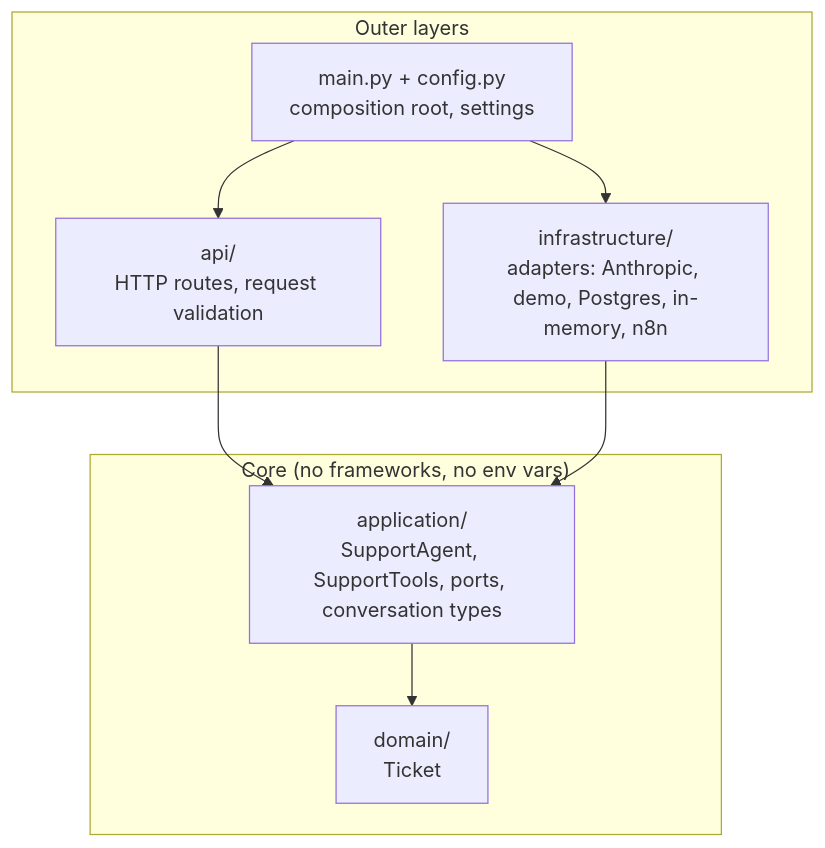
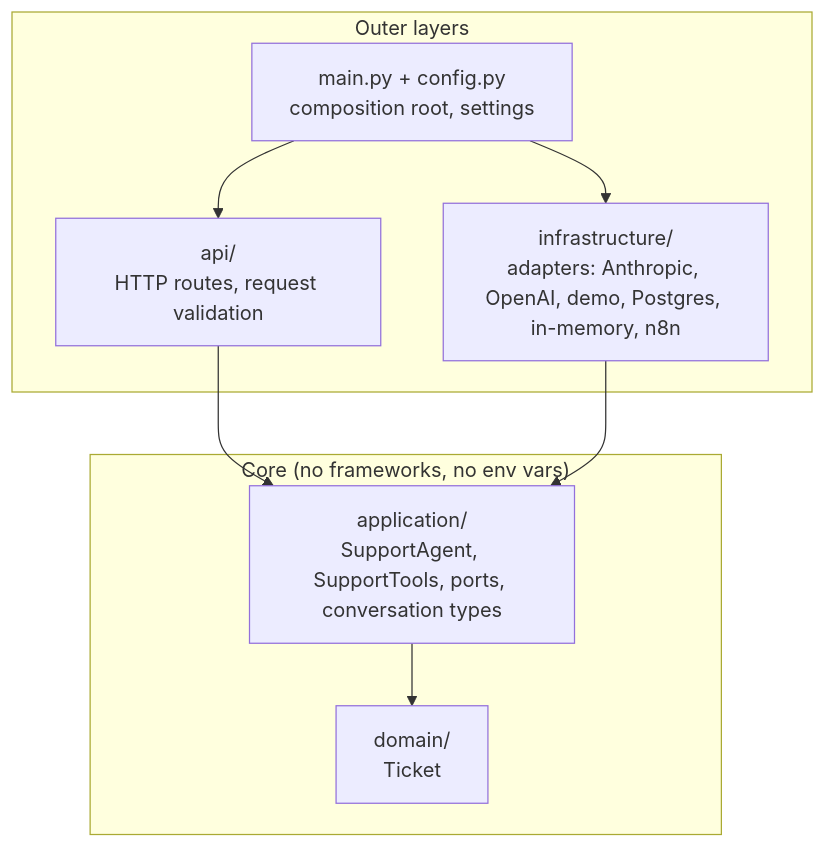
One commit to Goncar29/ai-support-assistant changed the second of 4 diagrams in ARCHITECTURE.md. Above: the diagram before and after it, drawn with Mermaid. The commit also changed other lines of this file and 8 other files, not shown here.

````diff
--- a/ARCHITECTURE.md
+++ b/ARCHITECTURE.md
@@ -33,17 +33,17 @@
 ```mermaid
 flowchart TB
     subgraph Outside["Outer layers"]
         API["api/<br/>HTTP routes, request validation"]
-        INF["infrastructure/<br/>adapters: Anthropic, demo, Postgres, in-memory, n8n"]
+        INF["infrastructure/<br/>adapters: Anthropic, OpenAI, demo, Postgres, in-memory, n8n"]
         MAIN["main.py + config.py<br/>composition root, settings"]
     end
     subgraph Core["Core (no frameworks, no env vars)"]
         APP["application/<br/>SupportAgent, SupportTools, ports, conversation types"]
         DOM["domain/<br/>Ticket"]
     end
     API --> APP
     INF --> APP
     MAIN --> API
     MAIN --> INF
     APP --> DOM
 ```
````
